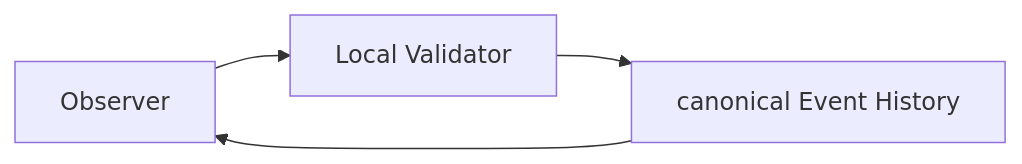
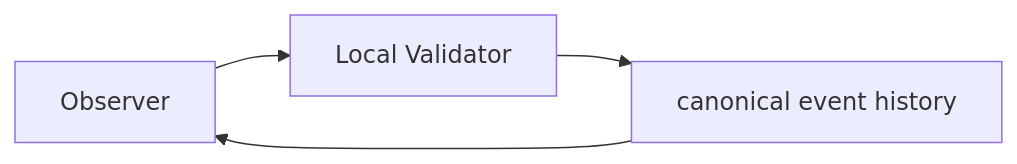
Before and after one commit to godofthunder101/crypsa-architecture: the first of 2 diagrams in implementation/minimal_validator/CrypSA_Minimal_Validator_v0.1.md, drawn with Mermaid. The commit also changed other lines of this file, not shown here.

Commit message:
Fix capitalization of 'canonical event history'

````diff
--- a/implementation/minimal_validator/CrypSA_Minimal_Validator_v0.1.md
+++ b/implementation/minimal_validator/CrypSA_Minimal_Validator_v0.1.md
@@ -75,8 +75,8 @@
 ```mermaid
 flowchart LR
 
 A[Observer] --> B[Local Validator]
-B --> C[canonical Event History]
+B --> C[canonical event history]
 
 C --> A
 ```
````
